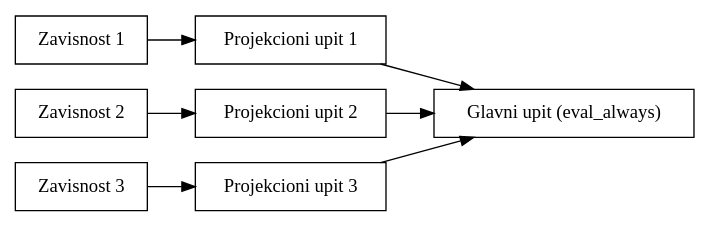
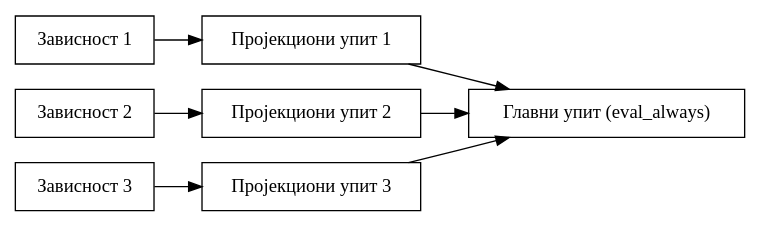
Before and after one commit to AleksaBajat/rust_compiler_msc_thesis: the diagram in assets/graphs/projection_query.dot, drawn with Graphviz. The commit also changed 3 other files, not shown here.

```diff
--- a/assets/graphs/projection_query.dot
+++ b/assets/graphs/projection_query.dot
@@ -1,38 +1,38 @@
 digraph projection {
     node[shape=record]
     rankdir = LR
 
     mono_query[
-        label = "Glavni upit (eval_always)"
+        label = "Главни упит (eval_always)"
     ]
 
     proj_1[
-        label = "Projekcioni upit 1"
+        label = "Пројекциони упит 1"
     ]
 
     proj_2[
-        label = "Projekcioni upit 2"
+        label = "Пројекциони упит 2"
     ]
 
     proj_3[
-        label = "Projekcioni upit 3"
+        label = "Пројекциони упит 3"
     ]
 
     zavisnost_1[
-        label = "Zavisnost 1"
+        label = "Зависност 1"
     ]
 
     zavisnost_2[
-        label = "Zavisnost 2"
+        label = "Зависност 2"
     ]
 
     zavisnost_3[
-        label = "Zavisnost 3"
+        label = "Зависност 3"
     ]
 
 
     zavisnost_1 -> proj_1
     zavisnost_2 -> proj_2
     zavisnost_3 -> proj_3
     proj_1, proj_2, proj_3 -> mono_query
 }
```
